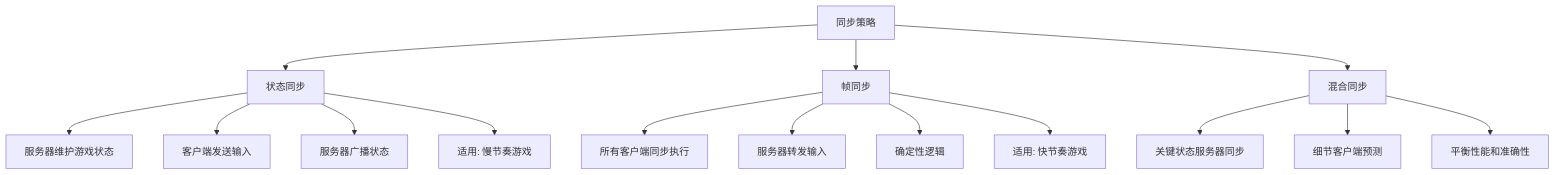
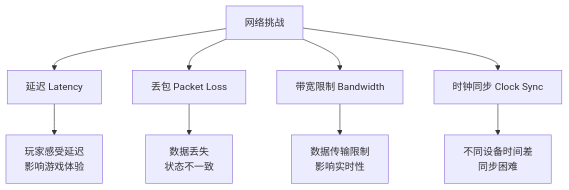
Before and after one commit to youjing-mz/snake: the second of 9 diagrams in 课时4-多人游戏与项目总结/README.md, drawn with Mermaid. The commit also changed other lines of this file and 8 other files, not shown here.

````diff
--- a/课时4-多人游戏与项目总结/README.md
+++ b/课时4-多人游戏与项目总结/README.md
@@ -38,20 +45,12 @@
 ```mermaid
 graph TD
-    A[同步策略] --> B[状态同步]
-    A --> C[帧同步]
-    A --> D[混合同步]
+    A[网络挑战] --> B[延迟 Latency]
+    A --> C[丢包 Packet Loss]
+    A --> D[带宽限制 Bandwidth]
+    A --> E[时钟同步 Clock Sync]
     
-    B --> B1[服务器维护游戏状态]
-    B --> B2[客户端发送输入]
-    B --> B3[服务器广播状态]
-    B --> B4[适用: 慢节奏游戏]
-    
-    C --> C1[所有客户端同步执行]
-    C --> C2[服务器转发输入]
-    C --> C3[确定性逻辑]
-    C --> C4[适用: 快节奏游戏]
-    
-    D --> D1[关键状态服务器同步]
-    D --> D2[细节客户端预测]
-    D --> D3[平衡性能和准确性]
+    B --> B1[玩家感受延迟<br/>影响游戏体验]
+    C --> C1[数据丢失<br/>状态不一致]
+    D --> D1[数据传输限制<br/>影响实时性]
+    E --> E1[不同设备时间差<br/>同步困难]
 ```
````
